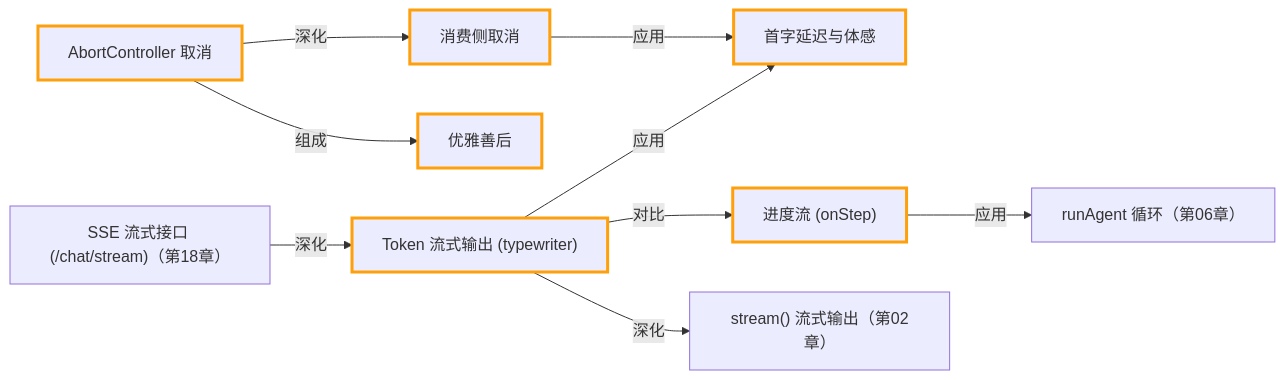
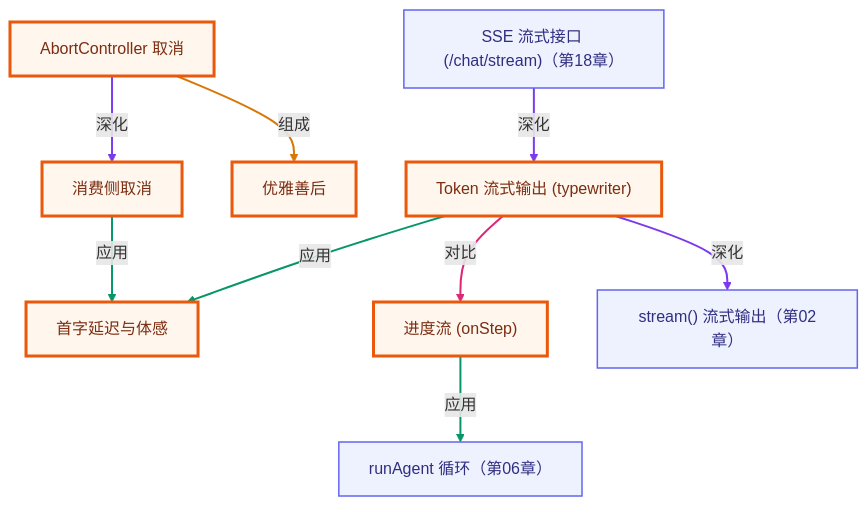
One commit to songuu/agent changed the second of 2 diagrams in lessons/14-streaming-and-ux/README.md. Above: the diagram before and after it, drawn with Mermaid. The commit also changed other lines of this file and 72 other files, not shown here.

````diff
--- a/lessons/14-streaming-and-ux/README.md
+++ b/lessons/14-streaming-and-ux/README.md
@@ -222,26 +224,32 @@
 ```mermaid
-graph LR
+graph TB
+  classDef own fill:#fff7ed,stroke:#ea580c,stroke-width:3px,color:#7c2d12;
+  classDef cross fill:#eef2ff,stroke:#6366f1,stroke-width:1.5px,color:#312e81;
   n_c14_token_streaming["Token 流式输出 (typewriter)"]
   n_c14_perceived_latency["首字延迟与体感"]
   n_c14_progress_streaming["进度流 (onStep)"]
   n_c14_abort_controller["AbortController 取消"]
   n_c14_consumer_side_cancel["消费侧取消"]
   n_c14_graceful_cleanup["优雅善后"]
   n_c02_stream["stream() 流式输出（第02章）"]
   n_c06_run_agent_loop["runAgent 循环（第06章）"]
   n_c18_sse_streaming["SSE 流式接口 (/chat/stream)（第18章）"]
   n_c14_token_streaming -->|应用| n_c14_perceived_latency
   n_c14_token_streaming -->|对比| n_c14_progress_streaming
   n_c14_abort_controller -->|深化| n_c14_consumer_side_cancel
   n_c14_abort_controller -->|组成| n_c14_graceful_cleanup
   n_c14_consumer_side_cancel -->|应用| n_c14_perceived_latency
   n_c14_token_streaming -->|深化| n_c02_stream
   n_c14_progress_streaming -->|应用| n_c06_run_agent_loop
   n_c18_sse_streaming -->|深化| n_c14_token_streaming
-  style n_c14_token_streaming stroke:#ff9f0a,stroke-width:3px
-  style n_c14_perceived_latency stroke:#ff9f0a,stroke-width:3px
-  style n_c14_progress_streaming stroke:#ff9f0a,stroke-width:3px
-  style n_c14_abort_controller stroke:#ff9f0a,stroke-width:3px
-  style n_c14_consumer_side_cancel stroke:#ff9f0a,stroke-width:3px
-  style n_c14_graceful_cleanup stroke:#ff9f0a,stroke-width:3px
+  class n_c14_token_streaming,n_c14_perceived_latency,n_c14_progress_streaming,n_c14_abort_controller,n_c14_consumer_side_cancel,n_c14_graceful_cleanup own;
+  class n_c02_stream,n_c06_run_agent_loop,n_c18_sse_streaming cross;
+  linkStyle 0 stroke:#059669,stroke-width:2px;
+  linkStyle 1 stroke:#db2777,stroke-width:2px;
+  linkStyle 2 stroke:#7c3aed,stroke-width:2px;
+  linkStyle 3 stroke:#d97706,stroke-width:2px;
+  linkStyle 4 stroke:#059669,stroke-width:2px;
+  linkStyle 5 stroke:#7c3aed,stroke-width:2px;
+  linkStyle 6 stroke:#059669,stroke-width:2px;
+  linkStyle 7 stroke:#7c3aed,stroke-width:2px;
 ```
````
